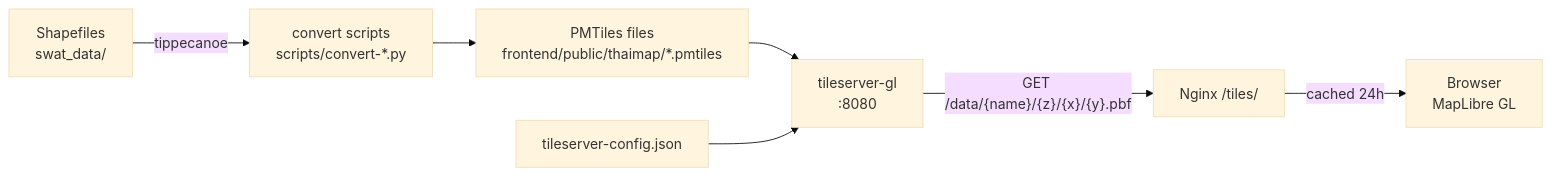
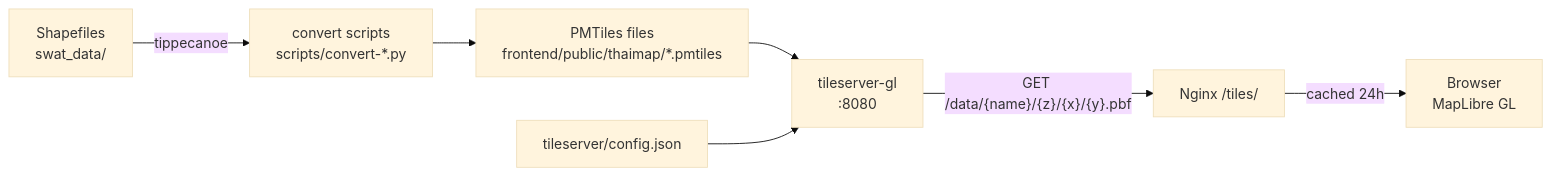
One commit to robotayyyyy/waterBalance changed the fourth of 4 diagrams in README.md. Above: the diagram before and after it, drawn with Mermaid (base theme). The commit also changed other lines of this file and 3 other files, not shown here.

````diff
--- a/README.md
+++ b/README.md
@@ -306,15 +315,15 @@
 ```mermaid
 flowchart LR
     SHP["Shapefiles\nswat_data/"]
     PY["convert scripts\nscripts/convert-*.py"]
     PM["PMTiles files\nfrontend/public/thaimap/*.pmtiles"]
-    CFG["tileserver-config.json"]
+    CFG["tileserver/config.json"]
     TS["tileserver-gl\n:8080"]
     NG["Nginx /tiles/"]
     BR["Browser\nMapLibre GL"]
 
     SHP -->|"tippecanoe"| PY --> PM
     PM --> TS
     CFG --> TS
     TS -->|"GET /data/{name}/{z}/{x}/{y}.pbf"| NG -->|"cached 24h"| BR
 ```
````
